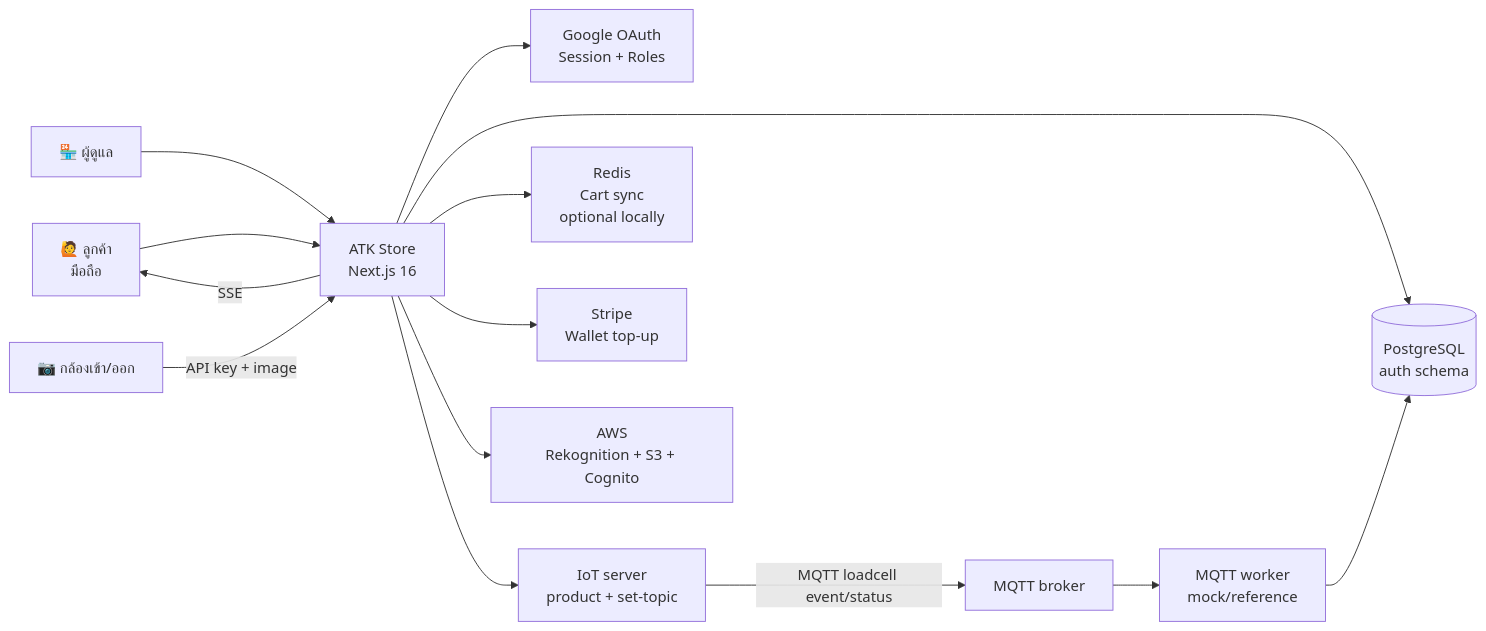
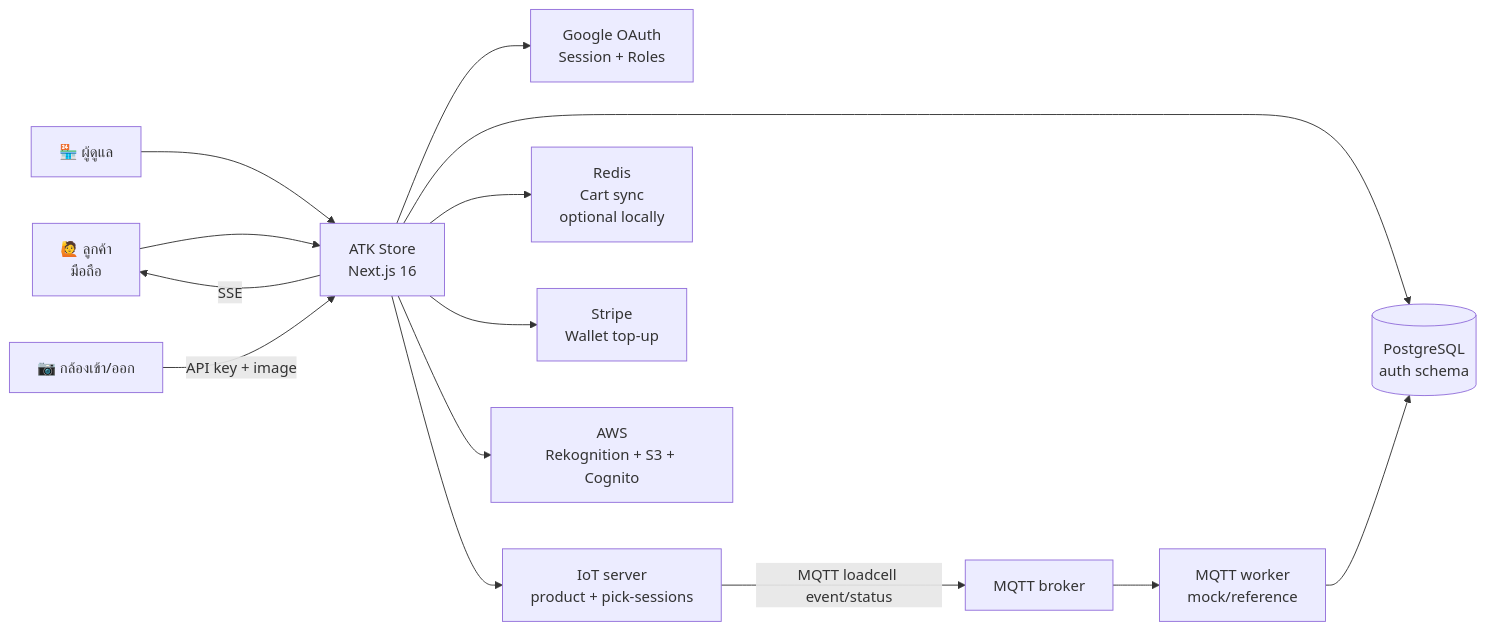
The first of 7 diagrams in README.md (kukiat/atk-store), drawn with Mermaid before and after one commit. The commit also changed other lines of this file and 29 other files, not shown here.

````diff
--- a/README.md
+++ b/README.md
@@ -32,16 +32,16 @@
 ```mermaid
 flowchart LR
   Customer["🙋 ลูกค้า\nมือถือ"] --> Web["ATK Store\nNext.js 16"]
   Admin["🏪 ผู้ดูแล"] --> Web
   Web --> Auth["Google OAuth\nSession + Roles"]
   Web --> DB[("PostgreSQL\nauth schema")]
   Web --> Redis["Redis\nCart sync\noptional locally"]
   Web --> Stripe["Stripe\nWallet top-up"]
   Web --> AWS["AWS\nRekognition + S3 + Cognito"]
   Camera["📷 กล้องเข้า/ออก"] -->|"API key + image"| Web
-  Web --> IotServer["IoT server\nproduct + set-topic"]
+  Web --> IotServer["IoT server\nproduct + pick-sessions"]
   IotServer -->|"MQTT loadcell event/status"| Broker["MQTT broker"]
   Broker --> Worker["MQTT worker\nmock/reference"]
   Worker --> DB
   Web -->|"SSE"| Customer
 ```
````
